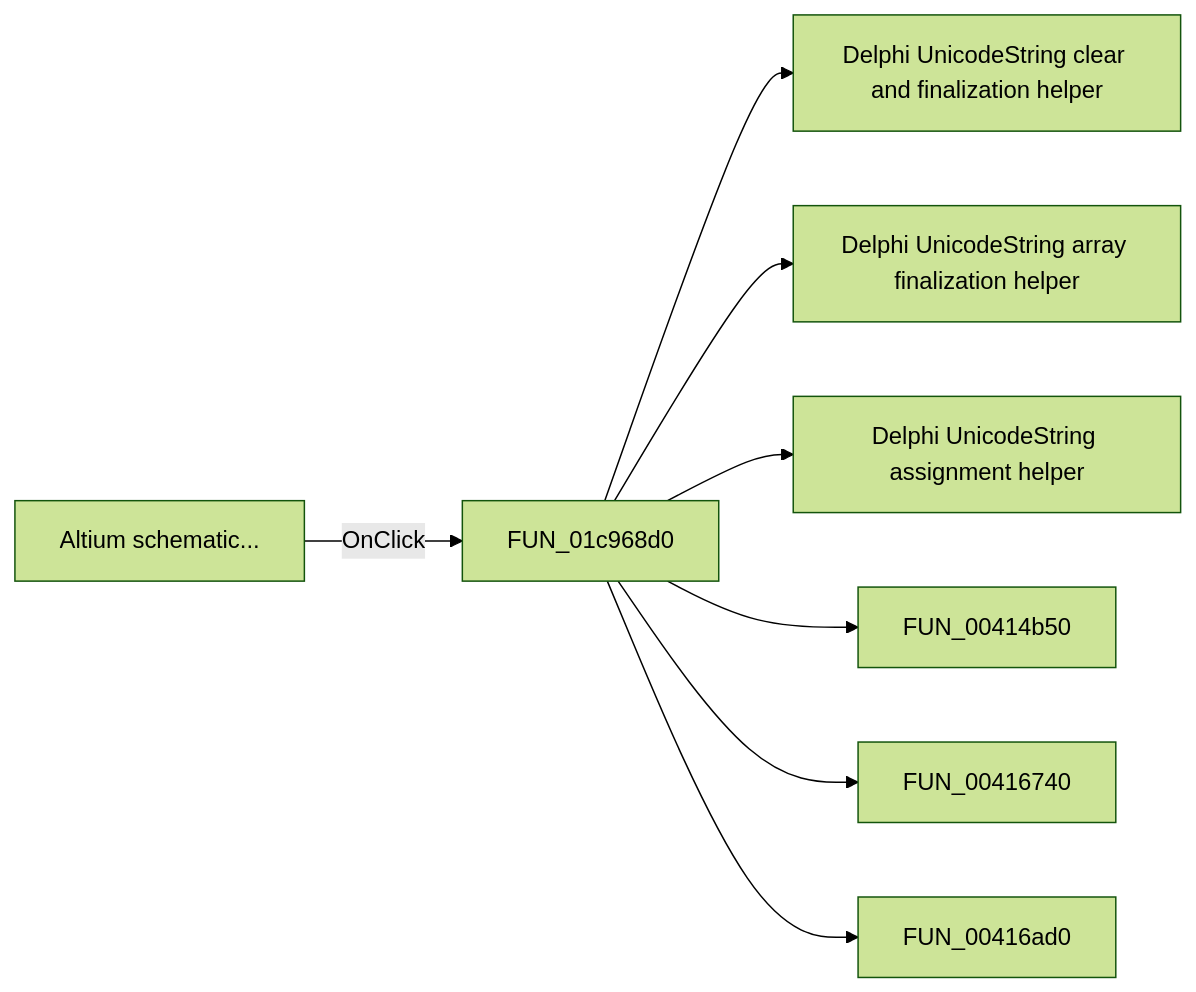
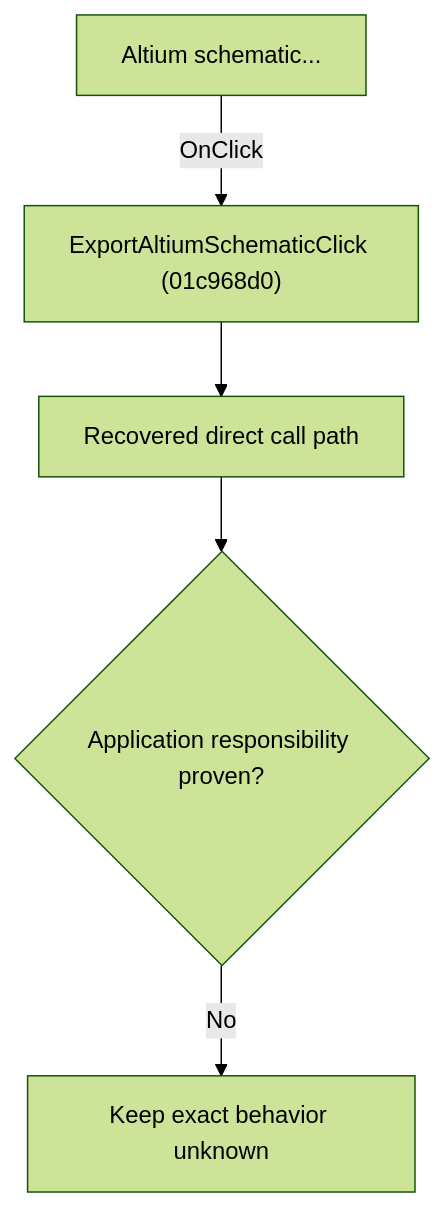
One commit to MovGP0/TIARA changed the diagram in docs/ui-controls/schematiceditor/exportaltiumschematic-a7137d156d.md. Above: the diagram before and after it, drawn with Mermaid (forest theme). The commit also changed other lines of this file and 1062 other files, not shown here.

````diff
--- a/docs/ui-controls/schematiceditor/exportaltiumschematic-a7137d156d.md
+++ b/docs/ui-controls/schematiceditor/exportaltiumschematic-a7137d156d.md
@@ -27,10 +27,7 @@
 ```mermaid
-flowchart LR
-    control["Altium schematic..."] -->|OnClick| handler["FUN_01c968d0"]
-    handler --> call1["Delphi UnicodeString clear and finalization helper"]
-    handler --> call2["Delphi UnicodeString array finalization helper"]
-    handler --> call3["Delphi UnicodeString assignment helper"]
-    handler --> call4["FUN_00414b50"]
-    handler --> call5["FUN_00416740"]
-    handler --> call6["FUN_00416ad0"]
+flowchart TD
+    control["Altium schematic..."] -->|"OnClick"| handler["ExportAltiumSchematicClick (01c968d0)"]
+    handler --> recovered["Recovered direct call path"]
+    recovered --> gap{"Application responsibility proven?"}
+    gap -->|"No"| blocked["Keep exact behavior unknown"]
 ```
````
